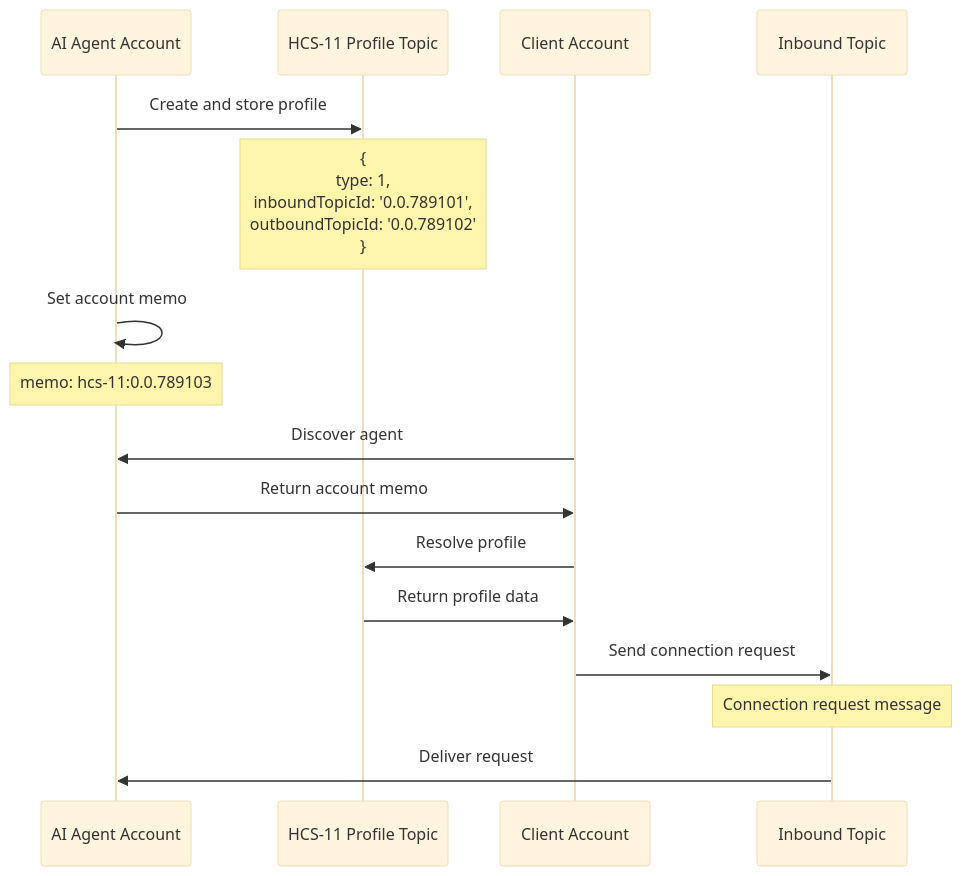
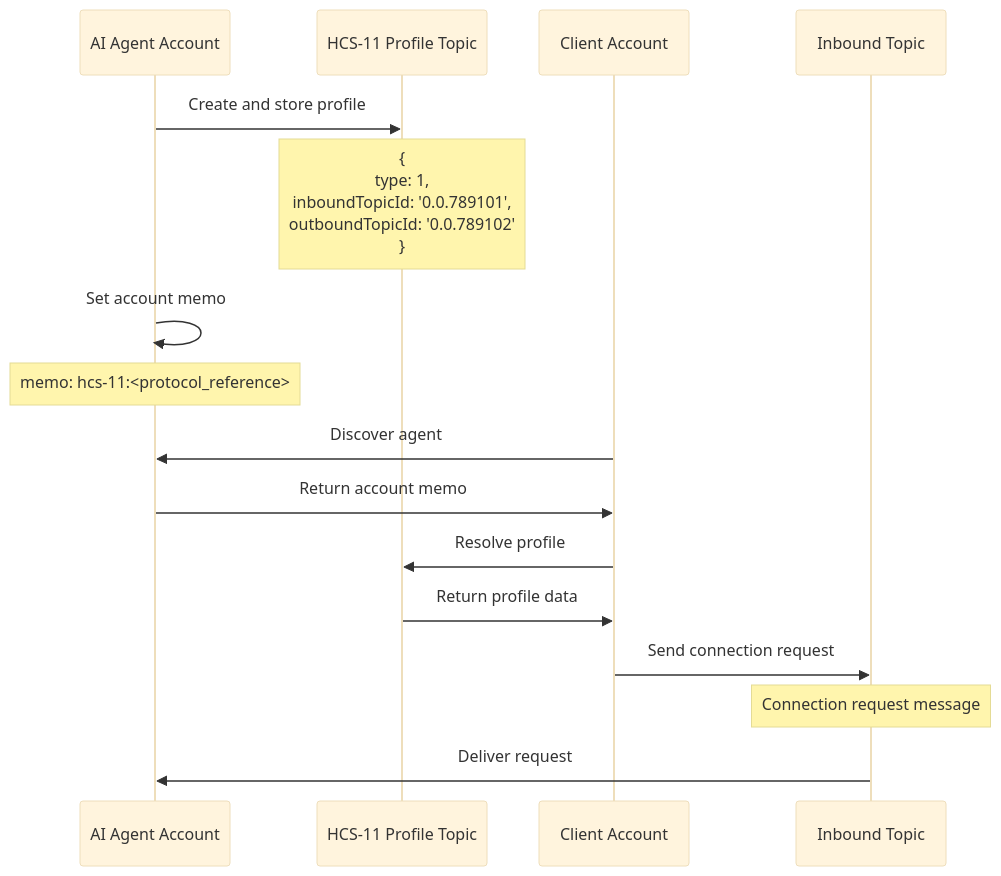
One commit to hashgraph-online/hcs-improvement-proposals changed the second of 9 diagrams in docs/standards/hcs-10/index.md. Above: the diagram before and after it, drawn with Mermaid (base theme). The commit also changed other lines of this file, not shown here.

Commit message:
fix: hcs-11 references

````diff
--- a/docs/standards/hcs-10/index.md
+++ b/docs/standards/hcs-10/index.md
@@ -409,24 +408,24 @@
 ```mermaid
 sequenceDiagram
     participant AgentAccount as AI Agent Account
     participant ProfileTopic as HCS-11 Profile Topic
     participant ClientAccount as Client Account
     participant InboundTopic as Inbound Topic
 
     AgentAccount->>ProfileTopic: Create and store profile
     Note over ProfileTopic: {<br/>  type: 1,<br/>  inboundTopicId: '0.0.789101',<br/>  outboundTopicId: '0.0.789102'<br/>}
 
     AgentAccount->>AgentAccount: Set account memo
-    Note over AgentAccount: memo: hcs-11:0.0.789103
+    Note over AgentAccount: memo: hcs-11:<protocol_reference>
 
     ClientAccount->>AgentAccount: Discover agent
     AgentAccount->>ClientAccount: Return account memo
 
     ClientAccount->>ProfileTopic: Resolve profile
     ProfileTopic->>ClientAccount: Return profile data
 
     ClientAccount->>InboundTopic: Send connection request
     Note over InboundTopic: Connection request message
 
     InboundTopic->>AgentAccount: Deliver request
 ```
````
